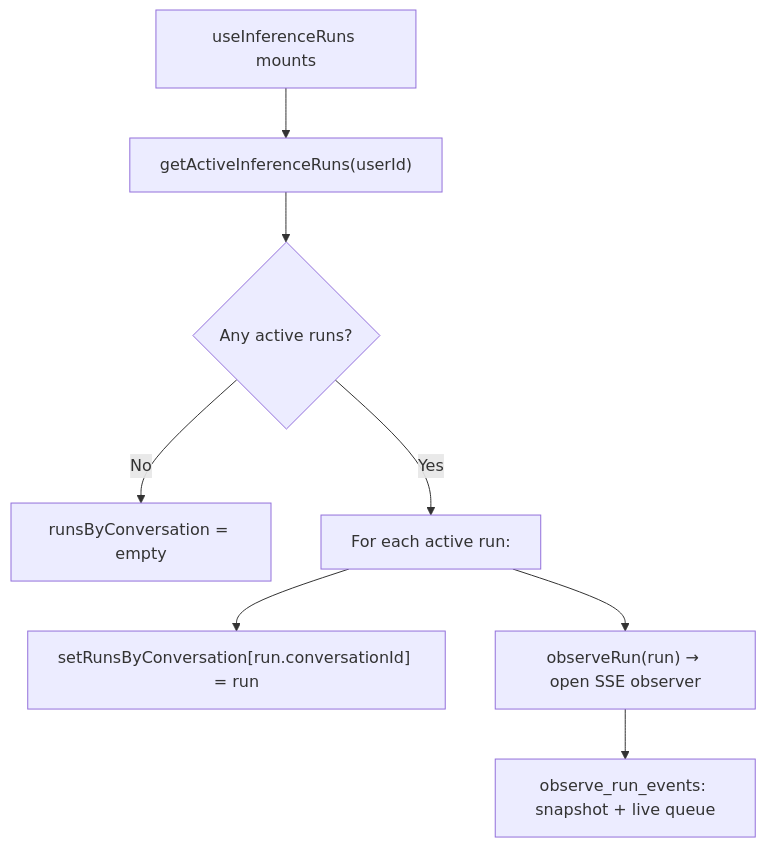
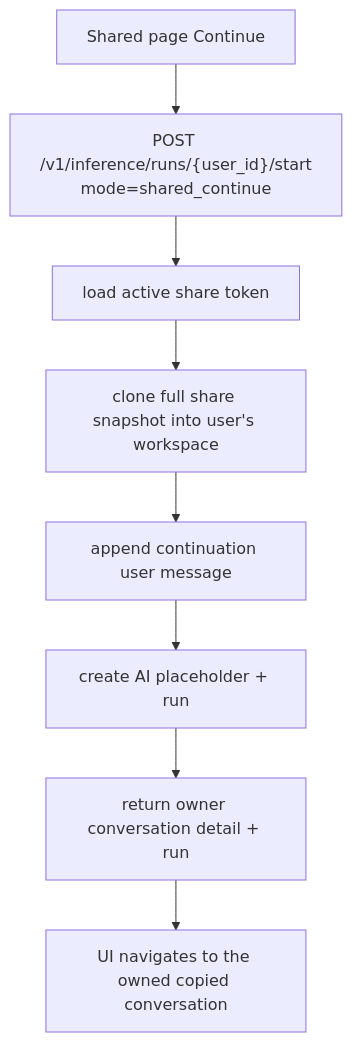
Before and after one commit to konstantinosmpouros/mAgenticX: the ninth of 9 diagrams in docs/flows/inference-streaming.md, drawn with Mermaid. The commit also changed other lines of this file and 26 other files, not shown here.

Commit message:
Refactor inference start flow to backend-owned runs

````diff
--- a/docs/flows/inference-streaming.md
+++ b/docs/flows/inference-streaming.md
@@ -255,10 +404,10 @@
 ```mermaid
 flowchart TD
-    A["useInferenceRuns mounts"] --> B["getActiveInferenceRuns(userId)"]
-    B --> C{Any active runs?}
-    C -->|No| D["runsByConversation = empty"]
-    C -->|Yes| E["For each active run:"]
-    E --> F["setRunsByConversation[run.conversationId] = run"]
-    E --> G["observeRun(run) → open SSE observer"]
-    G --> H["observe_run_events: snapshot + live queue"]
+    A["Shared page Continue"] --> B["POST /v1/inference/runs/{user_id}/start\nmode=shared_continue"]
+    B --> C["load active share token"]
+    C --> D["clone full share snapshot into user's workspace"]
+    D --> E["append continuation user message"]
+    E --> F["create AI placeholder + run"]
+    F --> G["return owner conversation detail + run"]
+    G --> H["UI navigates to the owned copied conversation"]
 ```
````
